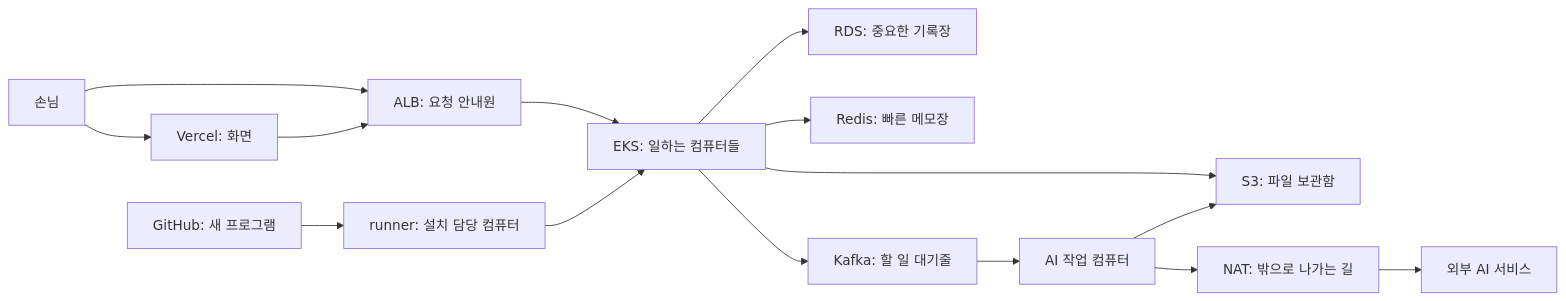
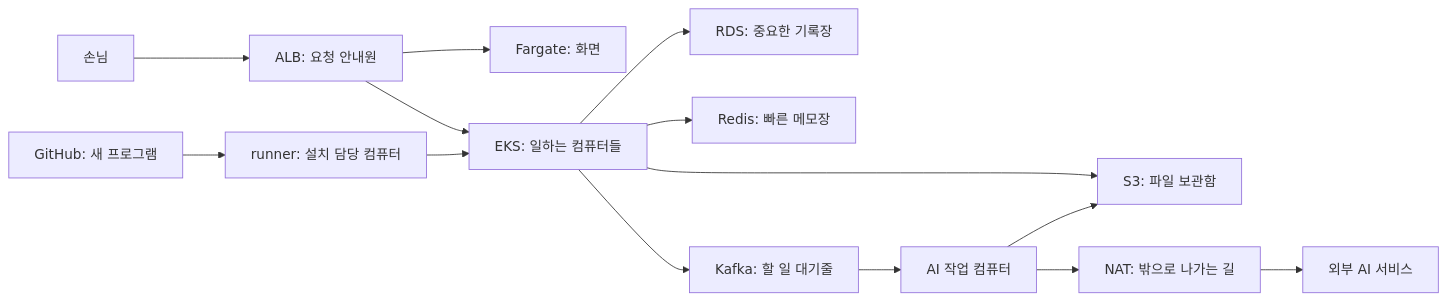
Before and after one commit to FruitionKR/Fruition-flatform: the diagram in docs/aws-deployment-costs.md, drawn with Mermaid. The commit also changed other lines of this file and 30 other files, not shown here.

````diff
--- a/docs/aws-deployment-costs.md
+++ b/docs/aws-deployment-costs.md
@@ -23,17 +23,16 @@
 ```mermaid
 flowchart LR
-  U[손님] --> F[Vercel: 화면]
-  U --> A[ALB: 요청 안내원]
-  F --> A
+  U[손님] --> A[ALB: 요청 안내원]
+  A --> F[Fargate: 화면]
   A --> B[EKS: 일하는 컴퓨터들]
   B --> D[RDS: 중요한 기록장]
   B --> R[Redis: 빠른 메모장]
   B --> Q[Kafka: 할 일 대기줄]
   Q --> W[AI 작업 컴퓨터]
   B --> S[S3: 파일 보관함]
   W --> S
   W --> N[NAT: 밖으로 나가는 길]
   N --> M[외부 AI 서비스]
   G[GitHub: 새 프로그램] --> C[runner: 설치 담당 컴퓨터]
   C --> B
 ```
````
